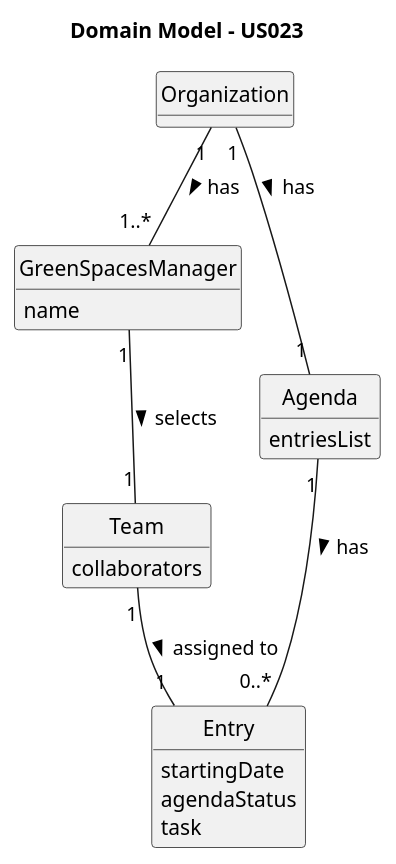
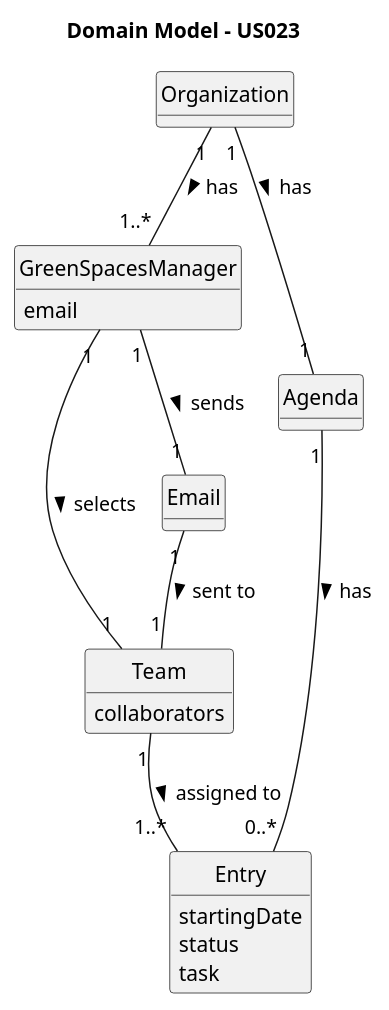
The diagram in docs/sprintA&B&C/us023/02.analysis/puml/us023-domain-model.puml (daniel41silva05/ISEP_2023_2024_LAPR2), drawn with PlantUML before and after one commit. The commit also changed 13 other files, not shown here.

Commit message:
Update US23 - Requirements engineering + Domain Model + Class Diagram #11

```diff
--- a/docs/sprintA&B&C/us023/02.analysis/puml/us023-domain-model.puml
+++ b/docs/sprintA&B&C/us023/02.analysis/puml/us023-domain-model.puml
@@ -1,40 +1,44 @@
 @startuml
 skinparam monochrome true
 skinparam packageStyle rectangle
 skinparam shadowing false
 
 skinparam classAttributeIconSize 0
 
 hide circle
 hide methods
 
 title Domain Model - US023
 
 class Organization {
 }
 
 class GreenSpacesManager {
-    name
+    email
 }
 
 class Agenda {
-    entriesList
 }
 
 class Entry {
     startingDate
-    agendaStatus
+    status
     task
 }
 
 class Team {
     collaborators
 }
 
+class Email {
+}
+
 Organization "1" -- "1..*" GreenSpacesManager : has >
 Organization "1" -- "1" Agenda : has >
 GreenSpacesManager "1" -- "1" Team : selects  >
 Agenda "1" -- "0..*" Entry : has >
-Team "1" -- "1" Entry : assigned to >
+Team "1" -- "1..*" Entry : assigned to >
+GreenSpacesManager "1" -- "1" Email : sends >
+Email "1" -- "1" Team : sent to >
 
 @enduml
```
